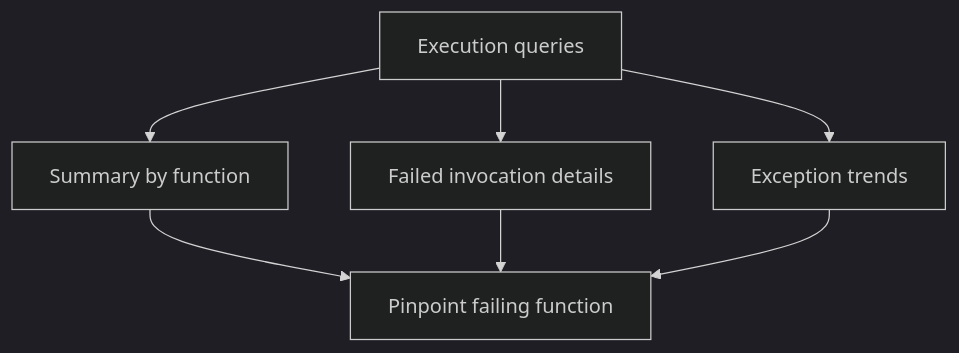
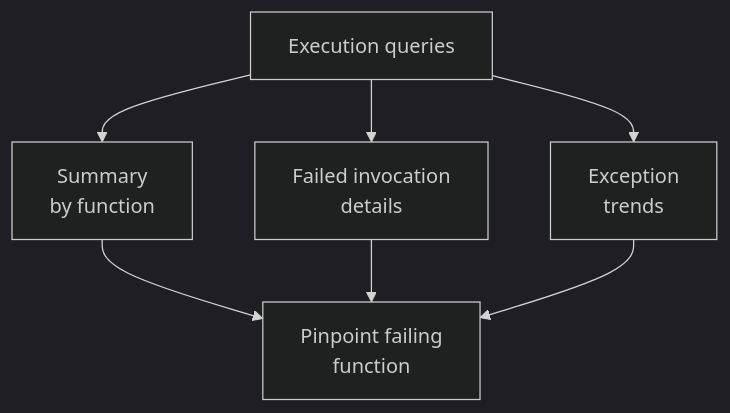
Before and after one commit to yeongseon/azure-functions-practical-guide: the diagram in docs/troubleshooting/kql/execution/index.md, drawn with Mermaid (dark theme). The commit also changed 1 other file, not shown here.

Commit message:
docs(diagrams): migrate Function execution diagnostic KQL query map (#427)
docs(diagrams): improve execution query map legibility

Wrap labels and name the existing query navigation diagram without changing
its five nodes, six relationships, evidence examples or source metadata.
Refresh only its owned inventory record after measured mobile improvement.

Refs #251

````diff
--- a/docs/troubleshooting/kql/execution/index.md
+++ b/docs/troubleshooting/kql/execution/index.md
@@ -23,9 +23,11 @@
 ```mermaid
 graph TD
-    A[Execution queries] --> B[Summary by function]
-    A --> C[Failed invocation details]
-    A --> D[Exception trends]
-    B --> E[Pinpoint failing function]
+    accTitle: Execution query navigation map
+    accDescr: Three query views on this page, summary by function, failed invocation details and exception trends, converge on the aim of pinpointing a failing function. Arrows group query views by purpose, not execution order or proof of root cause.
+    A[Execution queries] --> B[Summary<br/>by function]
+    A --> C[Failed invocation<br/>details]
+    A --> D[Exception<br/>trends]
+    B --> E[Pinpoint failing<br/>function]
     C --> E
     D --> E
 ```
````
